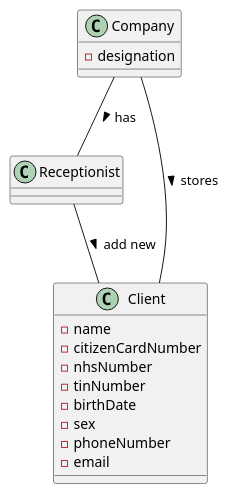
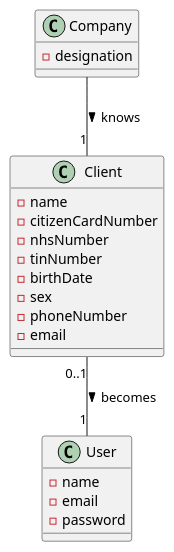
Before and after one commit to GuilhermeCunha79/lapr2: the diagram in docs/SprintC/US3/US03_MD.puml, drawn with PlantUML. The commit also changed 9 other files, not shown here.

```diff
--- a/docs/SprintC/US3/US03_MD.puml
+++ b/docs/SprintC/US3/US03_MD.puml
@@ -1,22 +1,27 @@
 @startuml
 'https://plantuml.com/sequence-diagram
 
-Company -- Receptionist :> has
-Company -- Client :> stores
-Receptionist -- Client :> add new
+Company -- "1"Client :> knows
+Client"0..1" -- "1"User :> becomes
 
 class Client{
 -name
 -citizenCardNumber
 -nhsNumber
 -tinNumber
 -birthDate
 -sex
 -phoneNumber
 -email
 }
 
 class Company{
 -designation
 }
+
+class User{
+-name
+-email
+-password
+}
 @enduml
```
